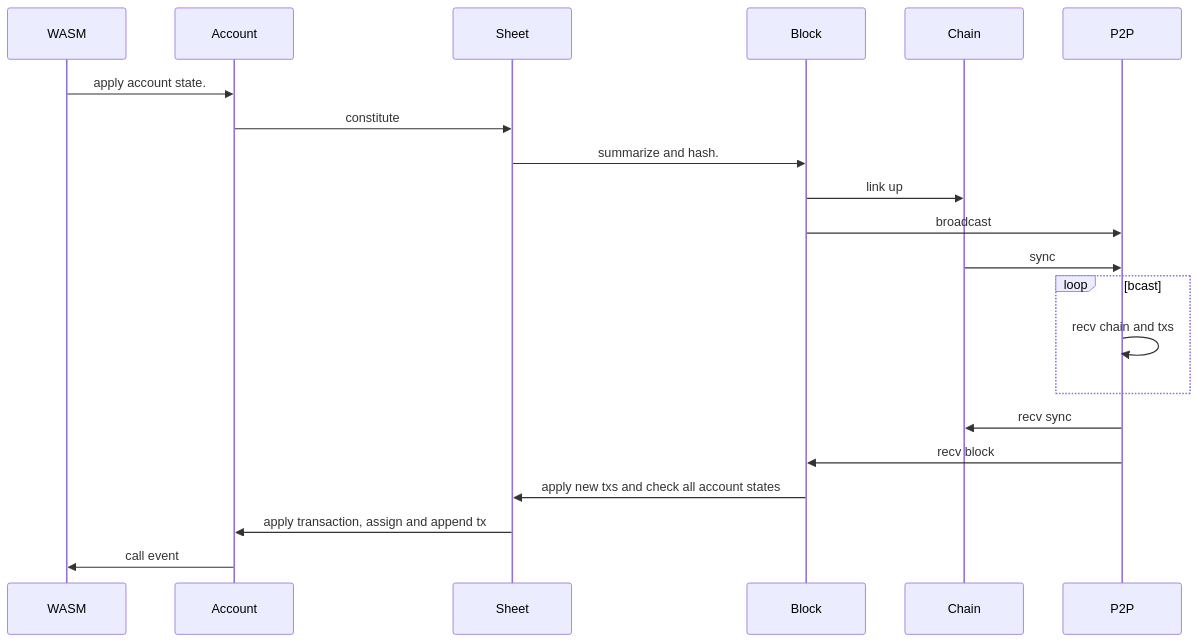
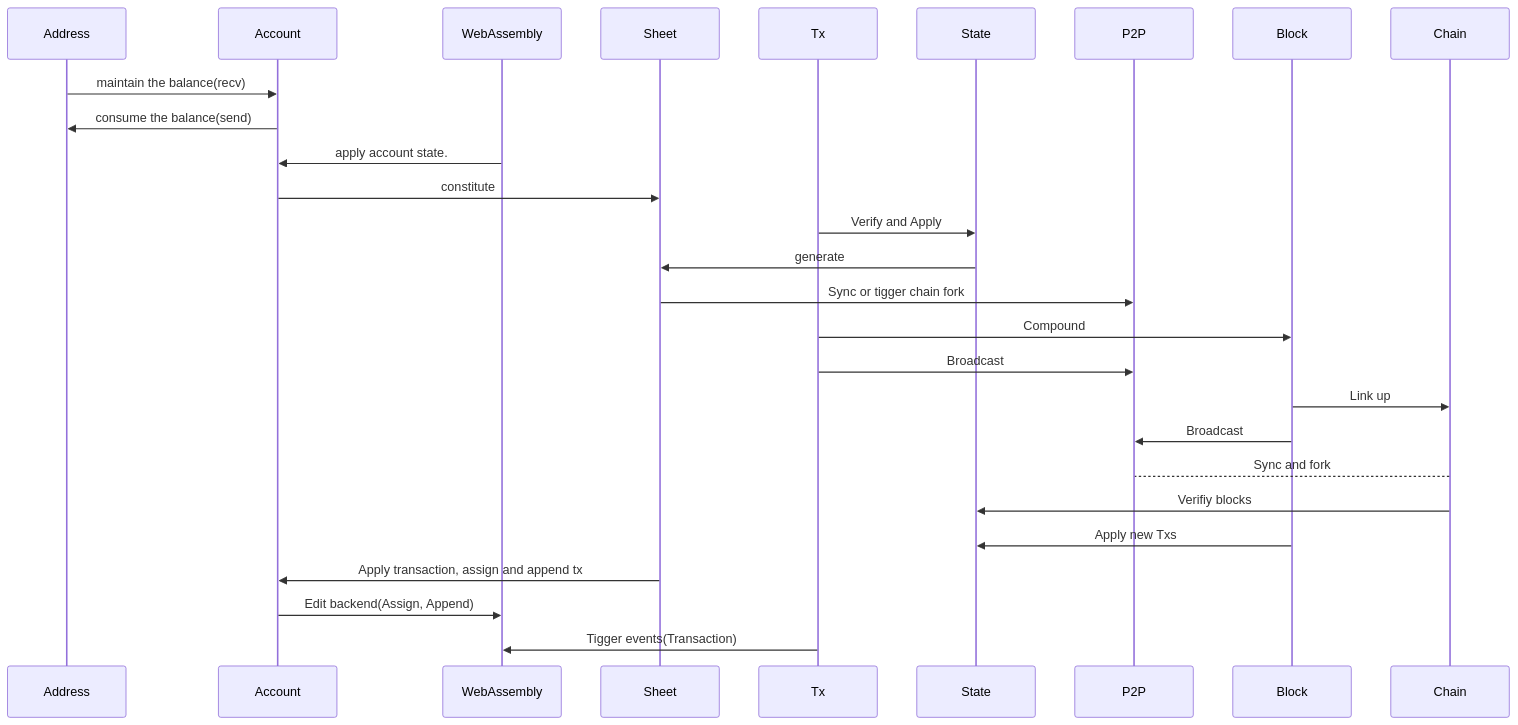
Before and after one commit to ngchain/webpaper: the first of 3 diagrams in index.md, drawn with Mermaid. The commit also changed other lines of this file and 9 other files, not shown here.

Commit message:
update flowcharts

````diff
--- a/index.md
+++ b/index.md
@@ -63,22 +63,20 @@
 ```mermaid
-sequenceDiagram
-    WASM ->> Account: apply account state.
+sequenceDiagram    
+    Address ->> Account: maintain the balance(recv)
+    Account ->> Address: consume the balance(send)
+    WebAssembly ->> Account: apply account state.
     Account->>Sheet: constitute
-    Sheet->>Block: summarize and hash.
-    Block->>Chain: link up
-    Block->>P2P: broadcast
-
-    Chain->>P2P: sync
-
-    loop bcast
-        P2P->>P2P: recv chain and txs
-    end
-
-    P2P->>Chain: recv sync
-
-    P2P->>Block: recv block
-    Block->>Sheet: apply new txs and check all account states
-    Sheet->>Account: apply transaction, assign and append tx
-    Account->>WASM: call event
-
+    Tx->>State: Verify and Apply
+    State->>Sheet: generate
+    Sheet->>P2P: Sync or tigger chain fork
+    Tx->>Block: Compound
+    Tx->>P2P: Broadcast
+    Block->>Chain: Link up
+    Block->>P2P: Broadcast
+    Chain-->P2P: Sync and fork
+    Chain->>State: Verifiy blocks
+    Block->>State: Apply new Txs
+    Sheet->>Account: Apply transaction, assign and append tx
+    Account->>WebAssembly: Edit backend(Assign, Append)
+    Tx ->> WebAssembly: Tigger events(Transaction)
 ```
````
